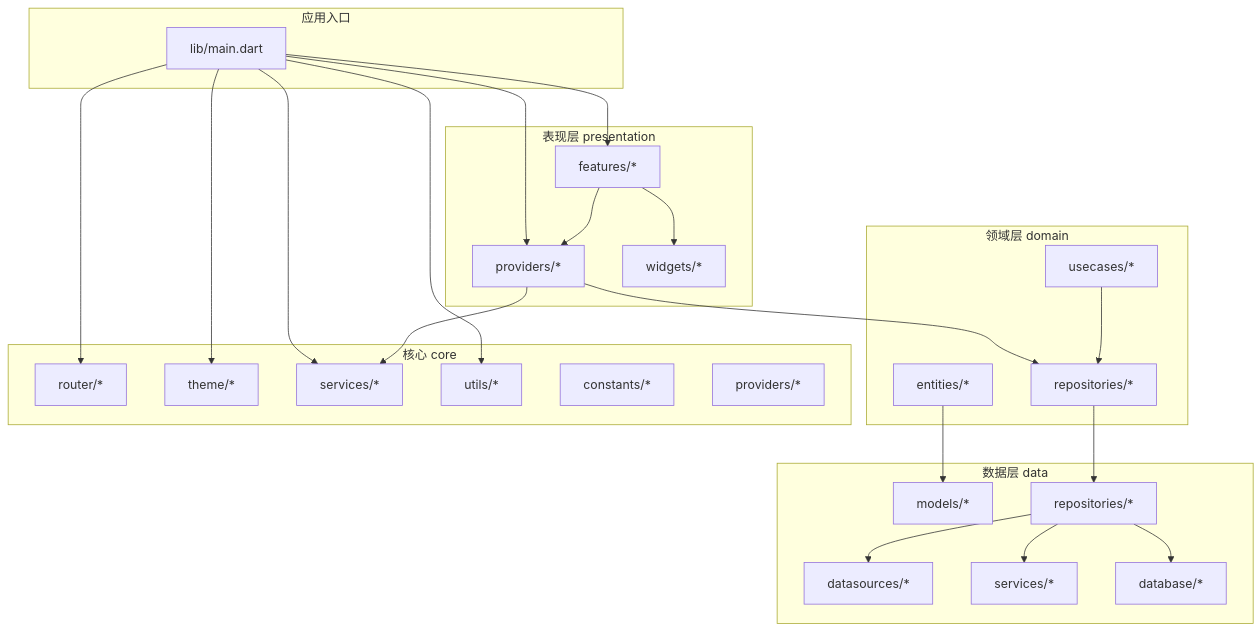
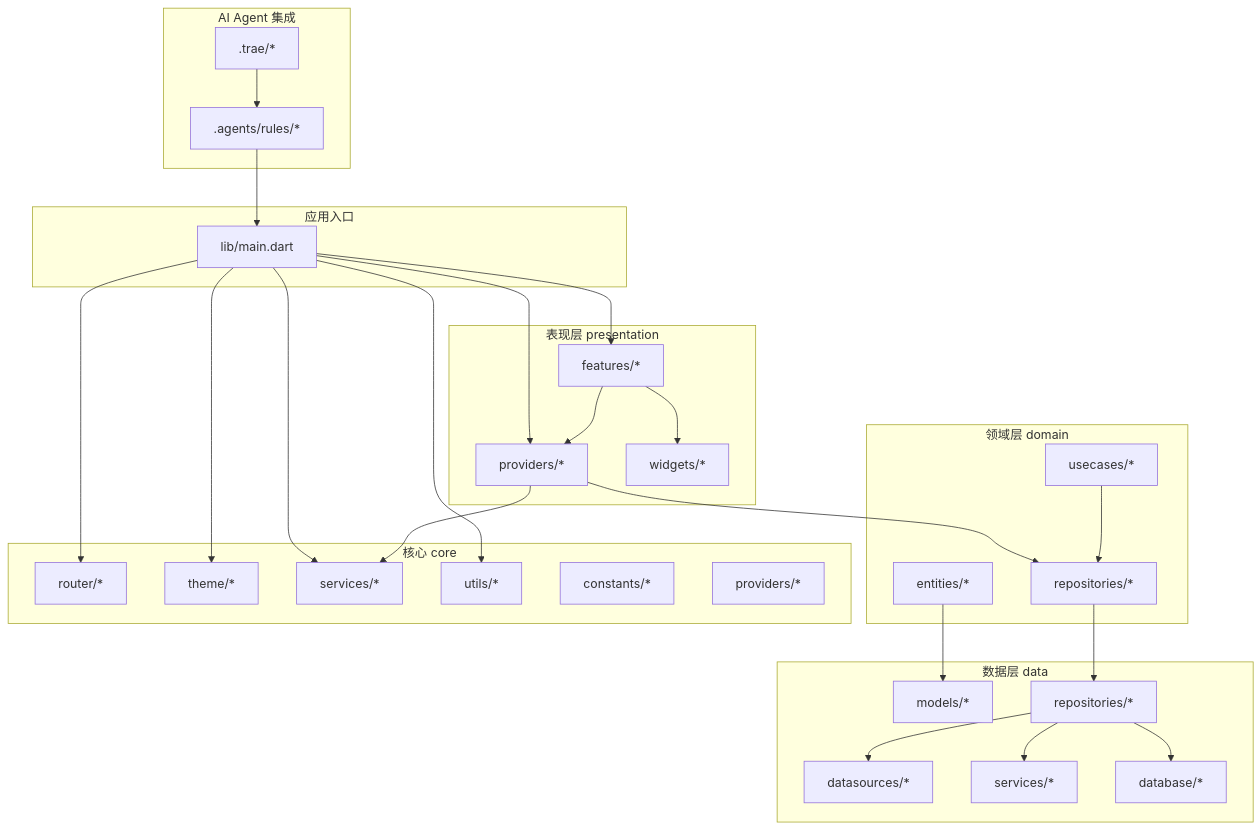
One commit to ZTfer/Tinycast changed the first of 4 diagrams in .qoder/repowiki/zh/content/开发指南/开发指南.md. Above: the diagram before and after it, drawn with Mermaid. The commit also changed other lines of this file and 210 other files, not shown here.

````diff
--- a/.qoder/repowiki/zh/content/开发指南/开发指南.md
+++ b/.qoder/repowiki/zh/content/开发指南/开发指南.md
@@ -42,47 +59,53 @@
 ```mermaid
 graph TB
 subgraph "应用入口"
 main["lib/main.dart"]
 end
 subgraph "表现层 presentation"
 features["features/*"]
 providers_p["providers/*"]
 widgets_p["widgets/*"]
 end
 subgraph "领域层 domain"
 entities["entities/*"]
 usecases["usecases/*"]
 repos_i["repositories/*"]
 end
 subgraph "数据层 data"
 models["models/*"]
 repositories["repositories/*"]
 datasources["datasources/*"]
 services_d["services/*"]
 database["database/*"]
 end
 subgraph "核心 core"
 router["router/*"]
 theme["theme/*"]
 services_c["services/*"]
 utils["utils/*"]
 constants["constants/*"]
 providers_c["providers/*"]
 end
+subgraph "AI Agent 集成"
+agents_rules[".agents/rules/*"]
+trae_config[".trae/*"]
+end
 main --> features
 main --> providers_p
 main --> router
 main --> theme
 main --> services_c
 main --> utils
 features --> providers_p
 features --> widgets_p
 providers_p --> services_c
 providers_p --> repos_i
 repos_i --> repositories
 repositories --> datasources
 repositories --> database
 repositories --> services_d
 usecases --> repos_i
 entities --> models
+agents_rules --> main
+trae_config --> agents_rules
 ```
````
